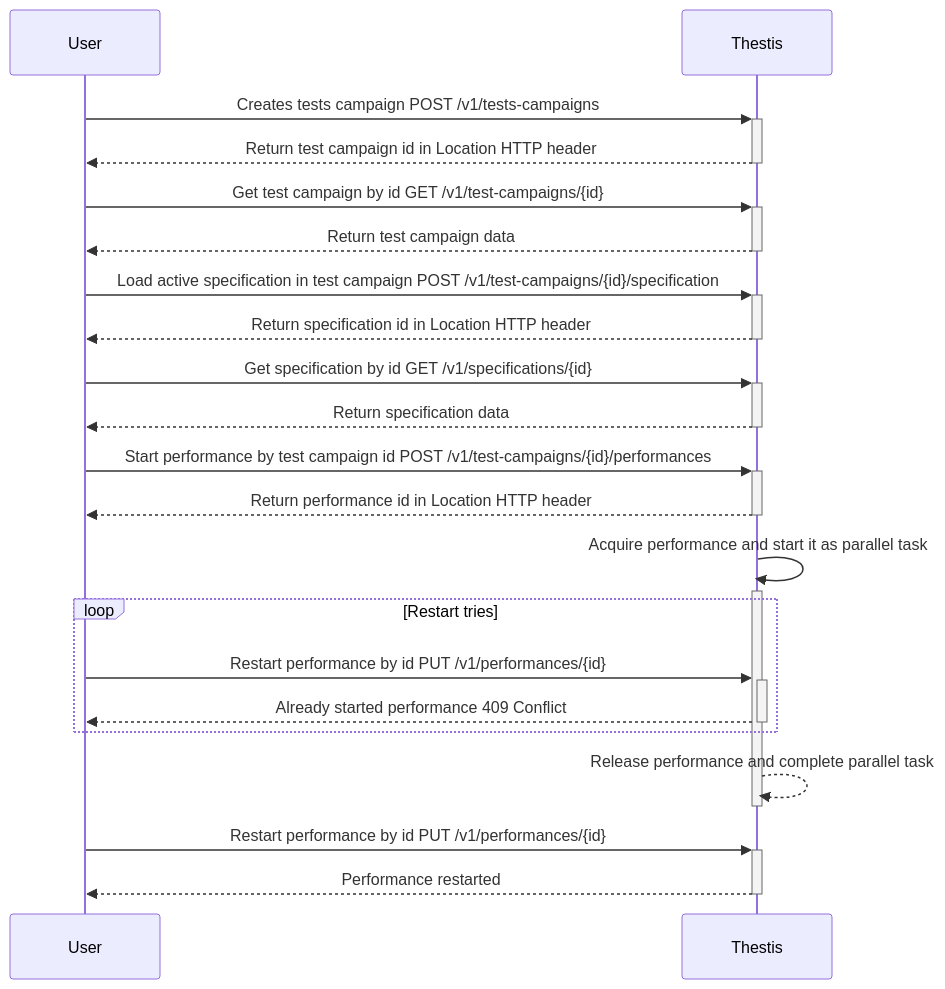
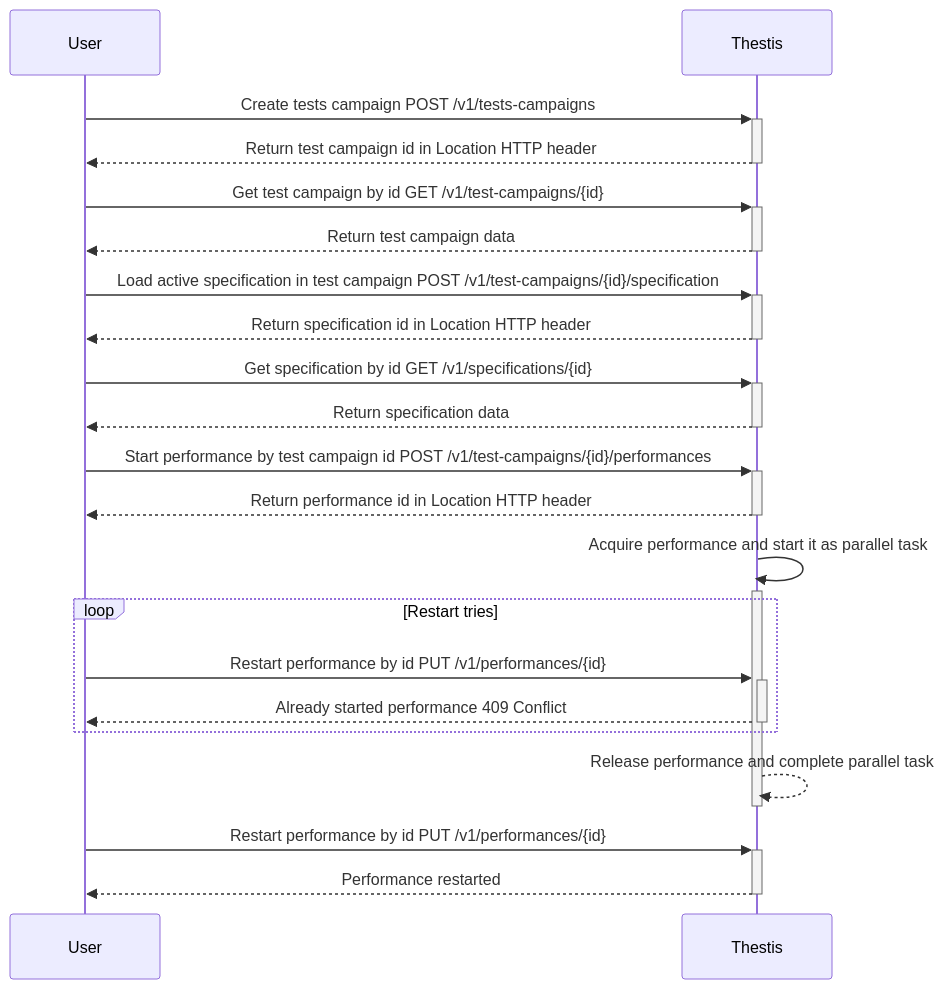
The diagram in README.md (harpyd/thestis), drawn with Mermaid before and after one commit.

Commit message:
Change diagram

````diff
--- a/README.md
+++ b/README.md
@@ -9,21 +9,21 @@
 ```mermaid
 sequenceDiagram
-    User->>+Thestis: Creates tests campaign POST /v1/tests-campaigns
+    User->>+Thestis: Create tests campaign POST /v1/tests-campaigns
     Thestis-->>-User: Return test campaign id in Location HTTP header
     User->>+Thestis: Get test campaign by id GET /v1/test-campaigns/{id}
     Thestis-->>-User: Return test campaign data
     User->>+Thestis: Load active specification in test campaign POST /v1/test-campaigns/{id}/specification
     Thestis-->>-User: Return specification id in Location HTTP header
     User->>+Thestis: Get specification by id GET /v1/specifications/{id}
     Thestis-->>-User: Return specification data
     User->>+Thestis: Start performance by test campaign id POST /v1/test-campaigns/{id}/performances
     Thestis-->>-User: Return performance id in Location HTTP header
     Thestis->>+Thestis: Acquire performance and start it as parallel task
     loop Restart tries
         User->>+Thestis: Restart performance by id PUT /v1/performances/{id}
         Thestis-->>-User: Already started performance 409 Conflict
     end
     Thestis-->>-Thestis: Release performance and complete parallel task
     User->>+Thestis: Restart performance by id PUT /v1/performances/{id}
     Thestis-->>-User: Performance restarted
 ```
````
